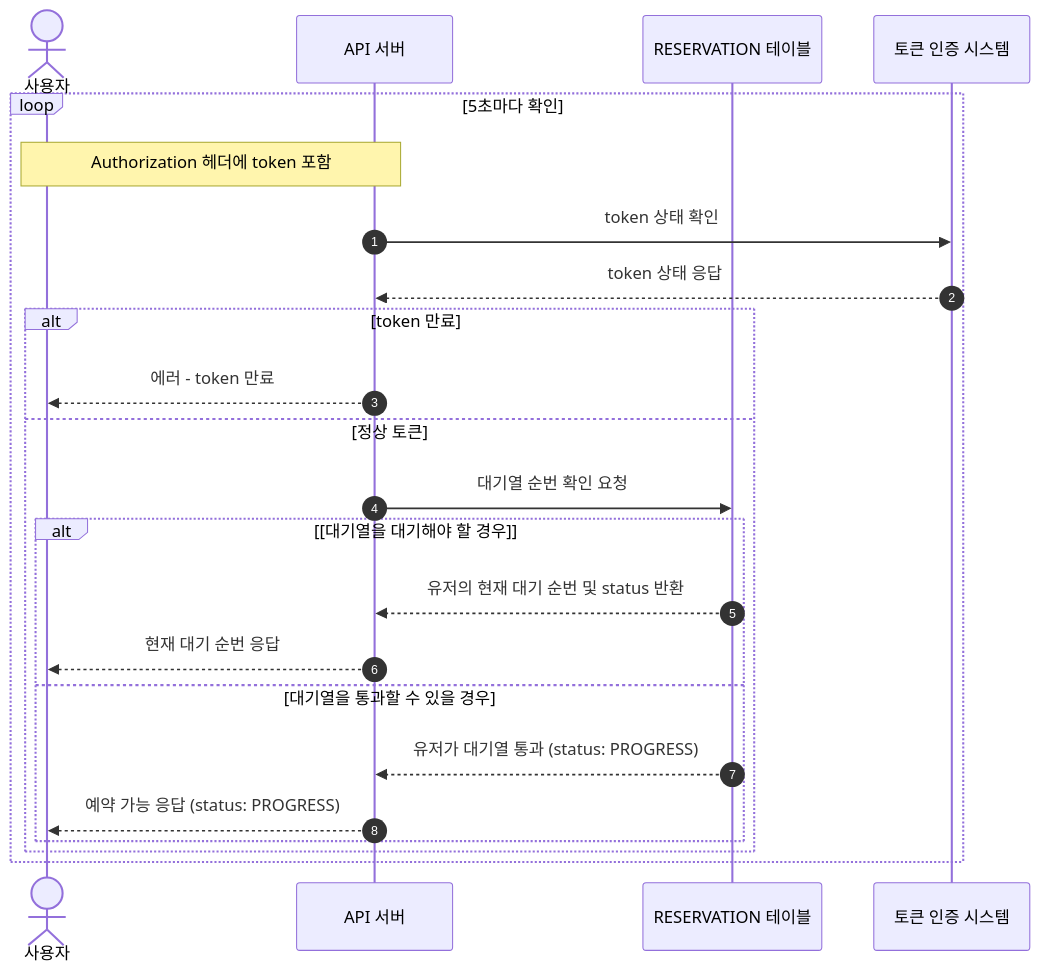
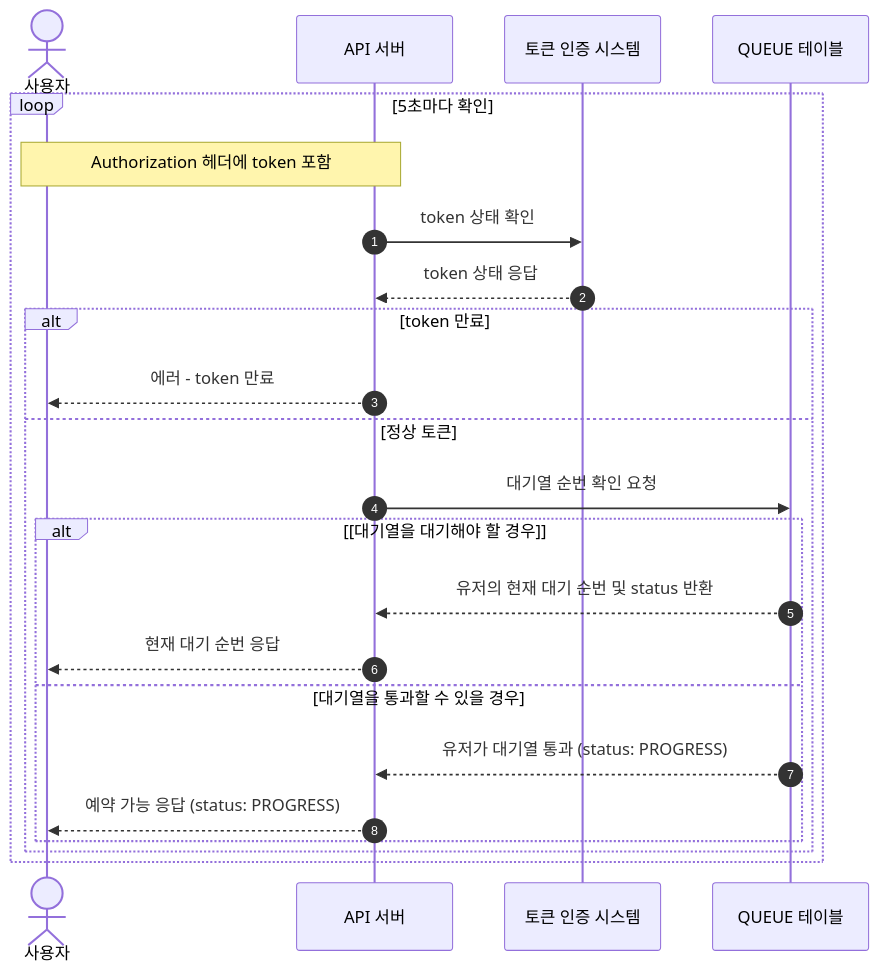
One commit to Cheondongmin/concert-java changed the second of 8 diagrams in docs/sequence.md. Above: the diagram before and after it, drawn with Mermaid. The commit also changed other lines of this file, not shown here.

````diff
--- a/docs/sequence.md
+++ b/docs/sequence.md
@@ -29,25 +29,25 @@
 ```mermaid
 sequenceDiagram
     autonumber
     actor user as 사용자
     participant API as API 서버
-    participant RESERVATION as RESERVATION 테이블
     participant AUTH as 토큰 인증 시스템
+    participant QUEUE as QUEUE 테이블
     loop 5초마다 확인
         Note over user, API: Authorization 헤더에 token 포함
         API ->> AUTH: token 상태 확인
         AUTH -->> API: token 상태 응답
         alt token 만료
             API -->> user: 에러 - token 만료
         else 정상 토큰
-            API ->> RESERVATION: 대기열 순번 확인 요청
+            API ->> QUEUE: 대기열 순번 확인 요청
             alt [대기열을 대기해야 할 경우]
-                RESERVATION -->> API: 유저의 현재 대기 순번 및 status 반환
+                QUEUE -->> API: 유저의 현재 대기 순번 및 status 반환
                 API -->> user: 현재 대기 순번 응답
             else 대기열을 통과할 수 있을 경우
-                RESERVATION -->> API: 유저가 대기열 통과 (status: PROGRESS)
+                QUEUE -->> API: 유저가 대기열 통과 (status: PROGRESS)
                 API -->> user: 예약 가능 응답 (status: PROGRESS)
             end
         end
     end
 ```
````
